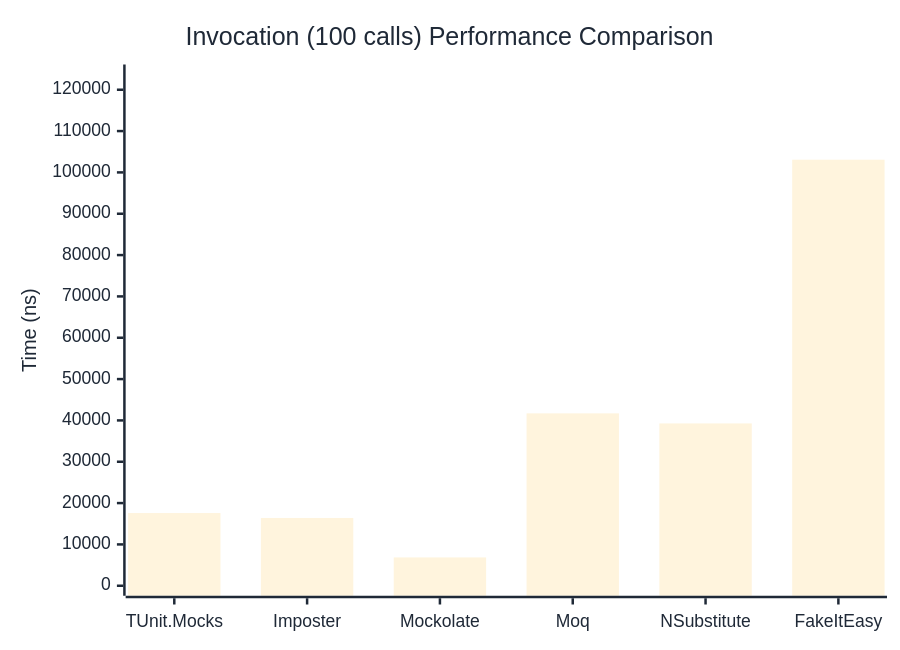
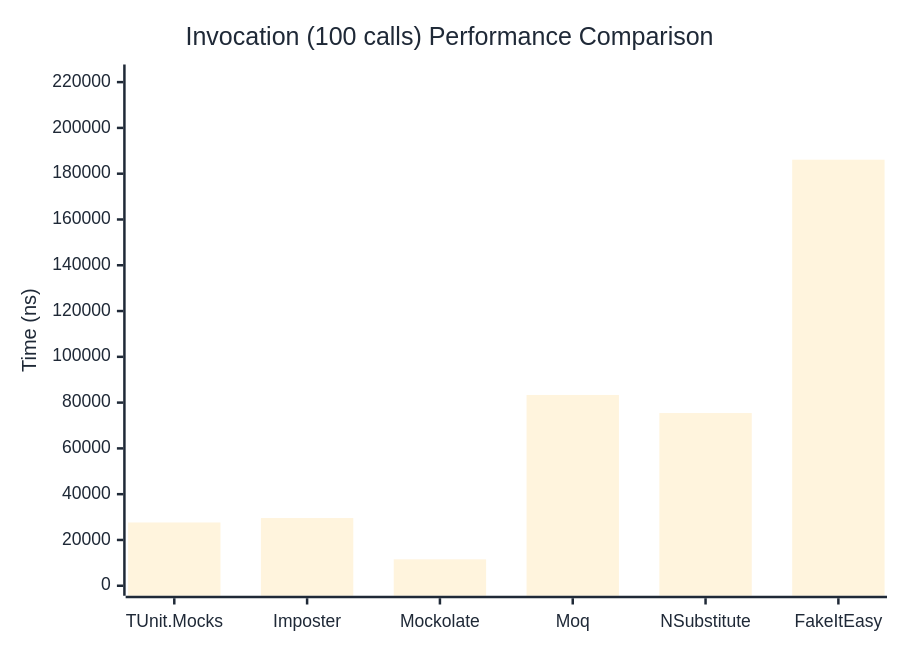
The third of 3 diagrams in docs/docs/benchmarks/mocks/Invocation.md (thomhurst/TUnit), drawn with Mermaid before and after one commit. The commit also changed other lines of this file and 14 other files, not shown here.

````diff
--- a/docs/docs/benchmarks/mocks/Invocation.md
+++ b/docs/docs/benchmarks/mocks/Invocation.md
@@ -112,27 +112,27 @@
 ```mermaid
 %%{init: {
   'theme':'base',
   'themeVariables': {
     'primaryColor': '#2563eb',
     'primaryTextColor': '#1f2937',
     'primaryBorderColor': '#1e40af',
     'lineColor': '#6b7280',
     'secondaryColor': '#7c3aed',
     'tertiaryColor': '#dc2626',
     'background': '#ffffff',
     'pie1': '#2563eb',
     'pie2': '#7c3aed',
     'pie3': '#dc2626',
     'pie4': '#f59e0b',
     'pie5': '#10b981',
     'pie6': '#06b6d4',
     'pie7': '#ec4899',
     'pie8': '#6366f1'
   }
 }}%%
 xychart-beta
   title "Invocation (100 calls) Performance Comparison"
   x-axis ["TUnit.Mocks", "Imposter", "Mockolate", "Moq", "NSubstitute", "FakeItEasy"]
-  y-axis "Time (ns)" 0 --> 123686
-  bar [17589.62, 16396.96, 6853.72, 41704.28, 39271.66, 103071.39]
+  y-axis "Time (ns)" 0 --> 223329
+  bar [27638.69, 29573.68, 11545.3, 83341.67, 75440.95, 186107.5]
 ```
````
